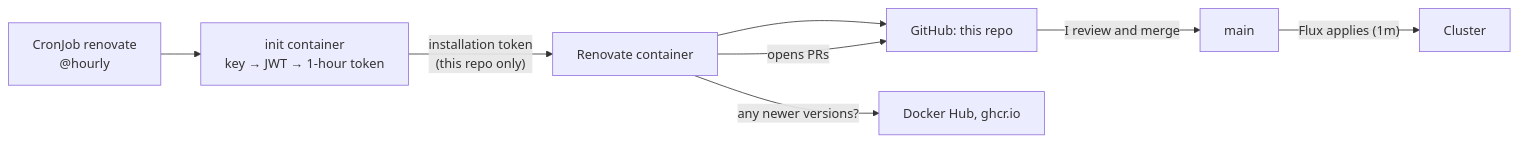
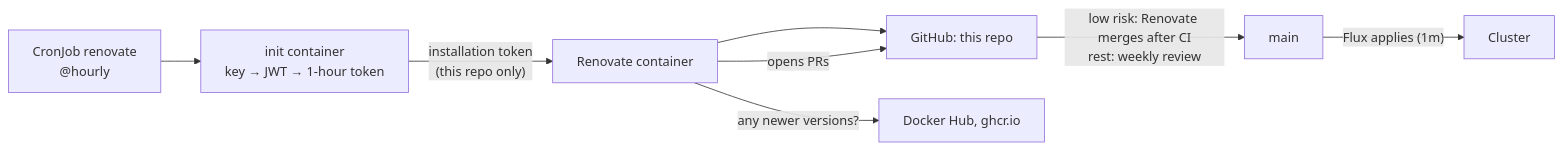
The sixth of 6 diagrams in docs/gitops-apps.md (turpinator-x/homelab), drawn with Mermaid before and after one commit. The commit also changed other lines of this file and 1 other file, not shown here.

Commit message:
docs: Renovate auto-merge policy and weekly review

````diff
--- a/docs/gitops-apps.md
+++ b/docs/gitops-apps.md
@@ -211,10 +211,10 @@
 ```mermaid
 flowchart LR
     C["CronJob renovate<br>@hourly"] --> I["init container<br>key → JWT → 1-hour token"]
     I -- "installation token<br>(this repo only)" --> J["Renovate container"]
     J --> GH["GitHub: this repo"]
     J -- "any newer versions?" --> R["Docker Hub, ghcr.io"]
     J -- "opens PRs" --> GH
-    GH -- "I review and merge" --> M["main"]
+    GH -- "low risk: Renovate merges after CI<br>rest: weekly review" --> M["main"]
     M -- "Flux applies (1m)" --> K["Cluster"]
 ```
````
